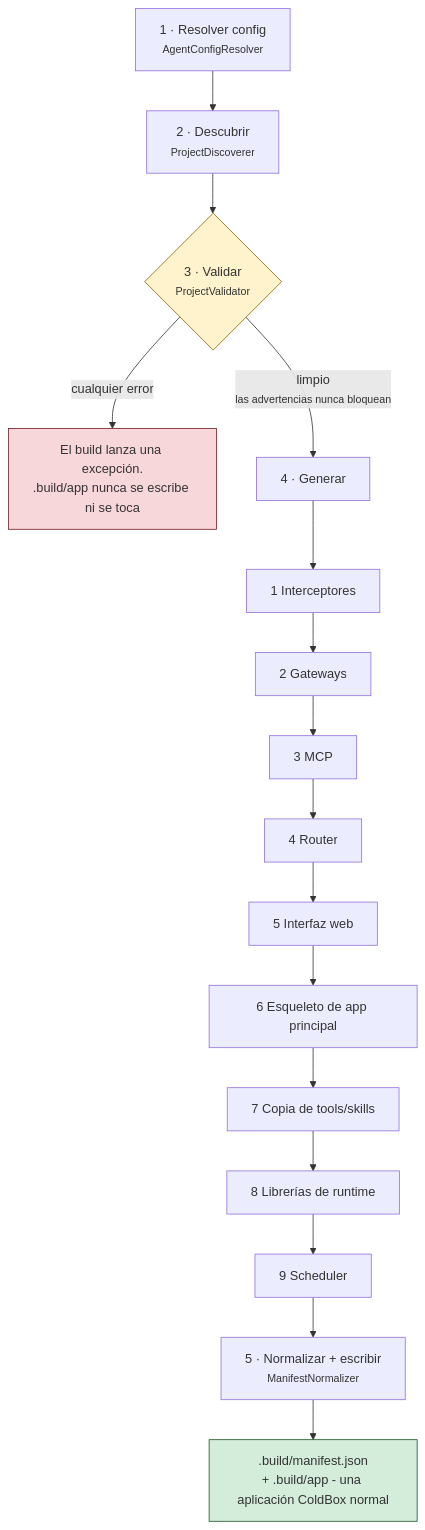
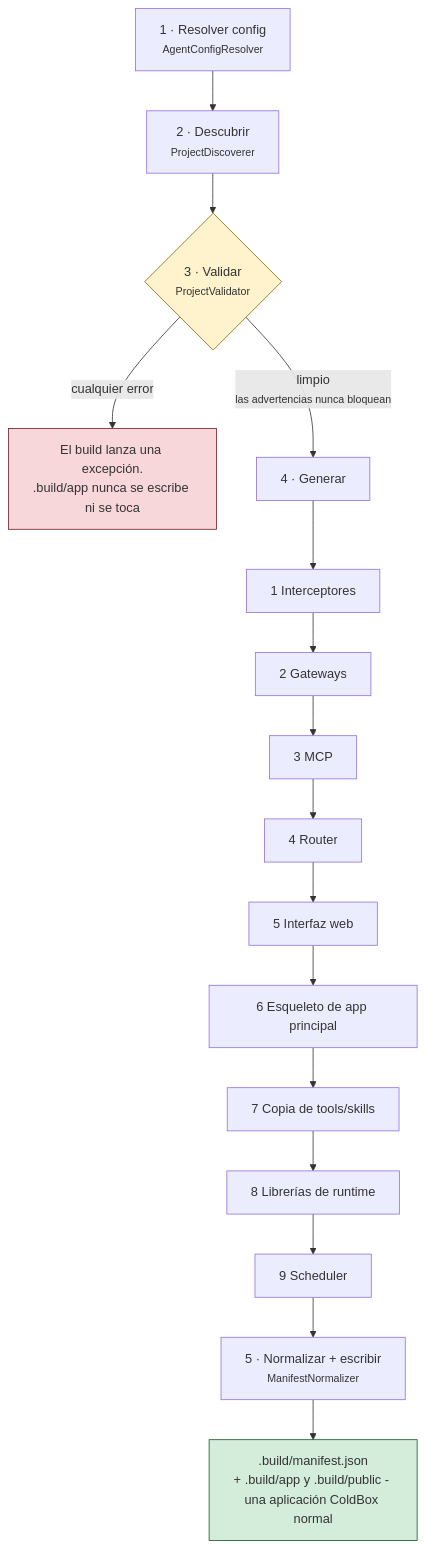
The diagram in es/build-pipeline.md (ortus-boxlang/bx-agents), drawn with Mermaid before and after one commit. The commit also changed other lines of this file and 247 other files, not shown here.

````diff
--- a/es/build-pipeline.md
+++ b/es/build-pipeline.md
@@ -13,15 +44,15 @@
 ```mermaid
 flowchart TD
     A["1 · Resolver config<br/><small>AgentConfigResolver</small>"] --> B["2 · Descubrir<br/><small>ProjectDiscoverer</small>"]
     B --> C{"3 · Validar<br/><small>ProjectValidator</small>"}
     C -->|"cualquier error"| X["El build lanza una excepción.<br/>.build/app nunca se escribe ni se toca"]
     C -->|"limpio<br/><small>las advertencias nunca bloquean</small>"| D["4 · Generar"]
     D --> D1["1 Interceptores"] --> D2["2 Gateways"] --> D3["3 MCP"] --> D4["4 Router"]
     D4 --> D5["5 Interfaz web"] --> D6["6 Esqueleto de app principal"] --> D7["7 Copia de tools/skills"] --> D8["8 Librerías de runtime"] --> D9["9 Scheduler"]
     D9 --> E["5 · Normalizar + escribir<br/><small>ManifestNormalizer</small>"]
-    E --> F[".build/manifest.json<br/>+ .build/app - una aplicación ColdBox normal"]
+    E --> F[".build/manifest.json<br/>+ .build/app y .build/public - una aplicación ColdBox normal"]
 
     style C fill:#fff3cd,stroke:#856404
     style X fill:#f8d7da,stroke:#721c24
     style F fill:#d4edda,stroke:#155724
 ```
````
